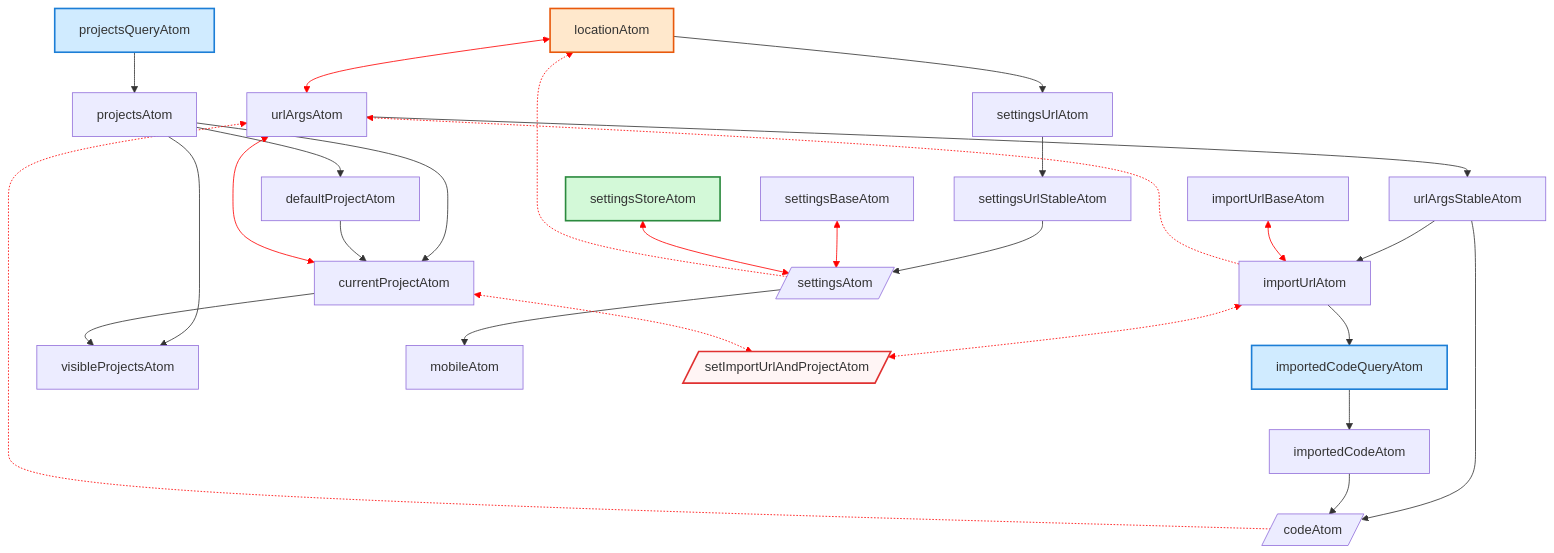
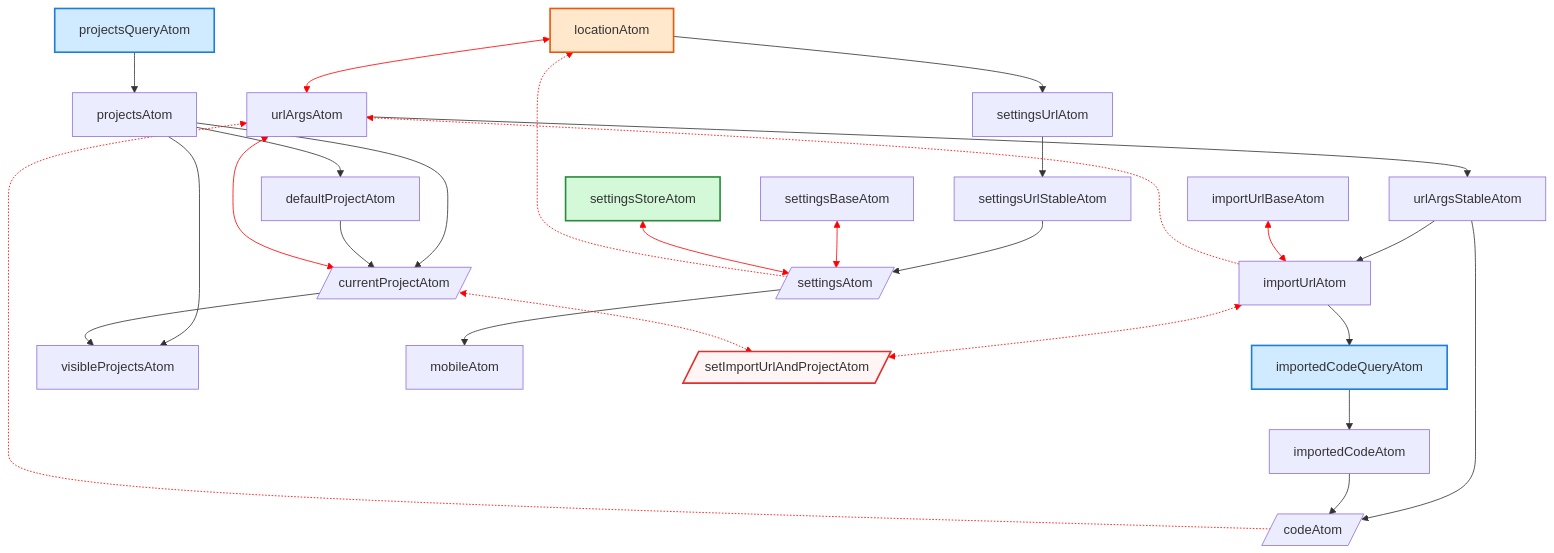
One commit to leanprover-community/lean4web changed the diagram in doc/Development.md. Above: the diagram before and after it, drawn with Mermaid.

Commit message:
doc: mark currentProjectAtom as input

````diff
--- a/doc/Development.md
+++ b/doc/Development.md
@@ -45,71 +45,72 @@
 ```mermaid
 graph TD;
 
   %% getter
   urlArgsAtom-->urlArgsStableAtom;
   urlArgsStableAtom-->importUrlAtom;
   importUrlAtom-->importedCodeQueryAtom;
   importedCodeQueryAtom-->importedCodeAtom;
   projectsQueryAtom-->projectsAtom
   projectsAtom-->defaultProjectAtom;
+  currentProjectAtom[/currentProjectAtom/]
   projectsAtom-->currentProjectAtom;
   defaultProjectAtom-->currentProjectAtom;
   projectsAtom-->visibleProjectsAtom;
   currentProjectAtom-->visibleProjectsAtom;
   codeAtom[/codeAtom/]
   urlArgsStableAtom-->codeAtom;
   importedCodeAtom-->codeAtom;
   locationAtom-->settingsUrlAtom;
   settingsUrlAtom-->settingsUrlStableAtom;
   settingsAtom[/settingsAtom/]
   settingsUrlStableAtom-->settingsAtom;
   settingsAtom-->mobileAtom;
 
   %% getter and setter
   locationAtom<-->urlArgsAtom;
   importUrlBaseAtom<-->importUrlAtom;
   urlArgsAtom<-->currentProjectAtom;
   settingsBaseAtom<-->settingsAtom;
   settingsStoreAtom<-->settingsAtom;
 
   %% setter
   importUrlAtom -.-> urlArgsAtom;
   codeAtom -.-> urlArgsAtom;
   settingsAtom -.-> locationAtom;
 
   setImportUrlAndProjectAtom[/setImportUrlAndProjectAtom/]
   importUrlAtom <-.-> setImportUrlAndProjectAtom
   currentProjectAtom <-.-> setImportUrlAndProjectAtom
 
   %% Styles
 
   linkStyle 16 stroke: red;
   linkStyle 17 stroke: red;
   linkStyle 18 stroke: red;
   linkStyle 19 stroke: red;
   linkStyle 20 stroke: red;
   linkStyle 21 stroke: red;
   linkStyle 22 stroke: red;
   linkStyle 23 stroke: red;
   linkStyle 24 stroke: red;
   linkStyle 25 stroke: red;
 
   classDef query fill:#d0ebff,stroke:#1c7ed6,stroke-width:2px;
   classDef storage fill:#d3f9d8,stroke:#2b8a3e,stroke-width:2px;
   classDef location fill:#ffe8cc,stroke:#e8590c,stroke-width:2px;
   classDef setter fill:#fff5f5,stroke:#e03131,stroke-width:2px;
 
   %% Location atoms
   class locationAtom location;
 
   %% Query atoms
   class importedCodeQueryAtom query;
   class projectsQueryAtom query;
 
   %% Storage atoms
   class settingsStoreAtom storage;
 
   %% Setter
   class setImportUrlAndProjectAtom setter;
   class applySettingsAtom setter;
 ```
````
